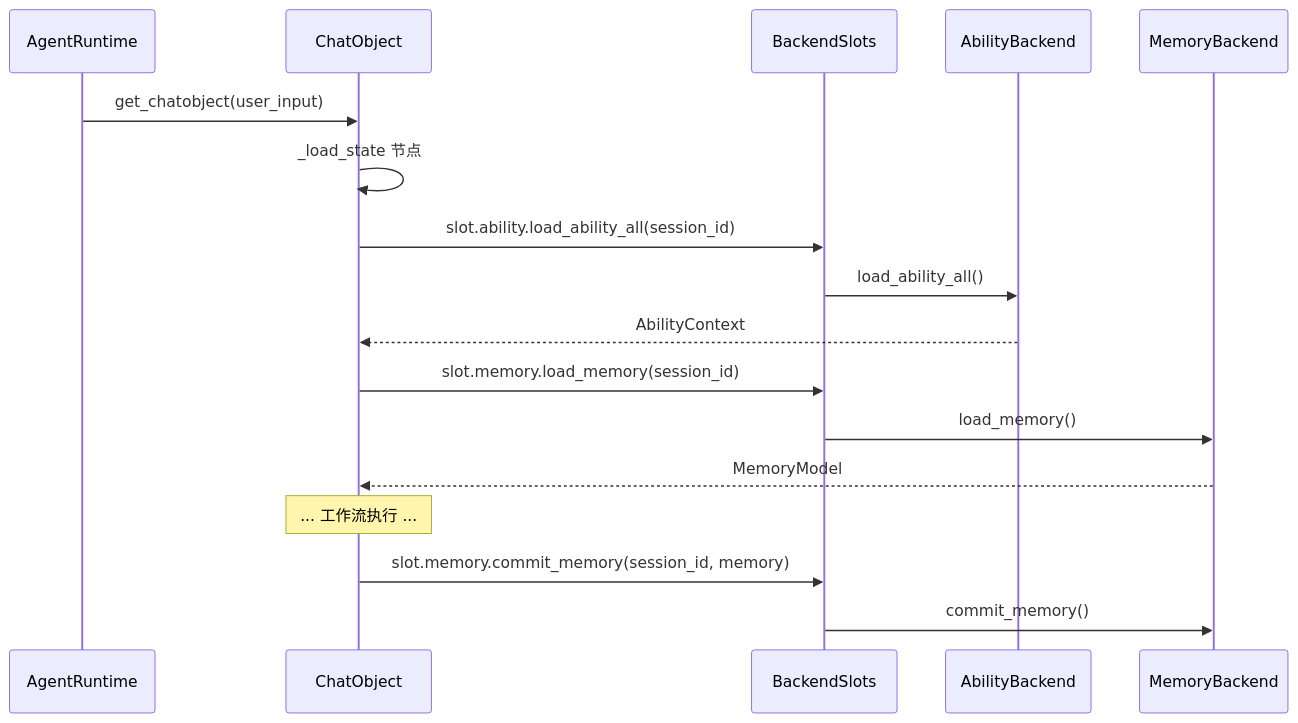
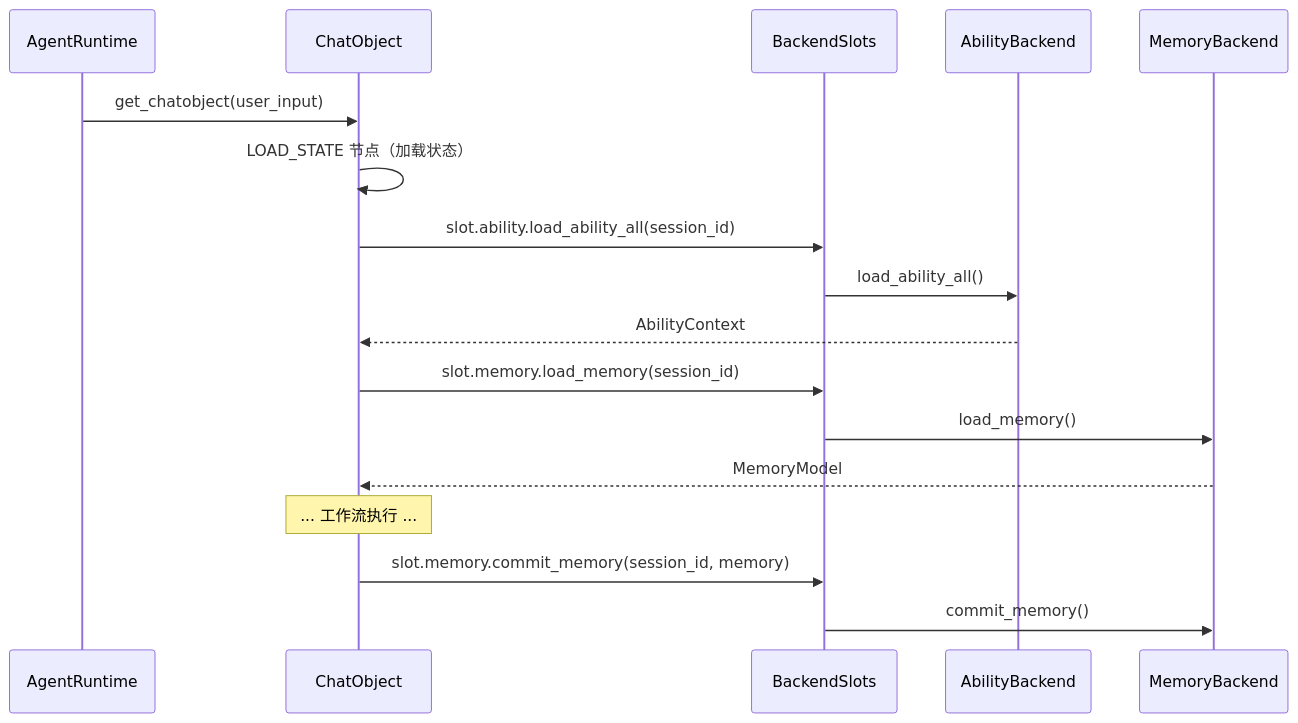
Before and after one commit to AmritaBot/AmritaCore: the diagram in docs/docs/zh/guide/concepts/data-backend.md, drawn with Mermaid. The commit also changed other lines of this file and 32 other files, not shown here.

````diff
--- a/docs/docs/zh/guide/concepts/data-backend.md
+++ b/docs/docs/zh/guide/concepts/data-backend.md
@@ -162,20 +164,20 @@
 ```mermaid
 sequenceDiagram
     participant AR as AgentRuntime
     participant CO as ChatObject
     participant BS as BackendSlots
     participant AB as AbilityBackend
     participant MB as MemoryBackend
 
     AR->>CO: get_chatobject(user_input)
-    CO->>CO: _load_state 节点
+    CO->>CO: LOAD_STATE 节点（加载状态）
     CO->>BS: slot.ability.load_ability_all(session_id)
     BS->>AB: load_ability_all()
     AB-->>CO: AbilityContext
     CO->>BS: slot.memory.load_memory(session_id)
     BS->>MB: load_memory()
     MB-->>CO: MemoryModel
     Note over CO: ... 工作流执行 ...
     CO->>BS: slot.memory.commit_memory(session_id, memory)
     BS->>MB: commit_memory()
 ```
````
